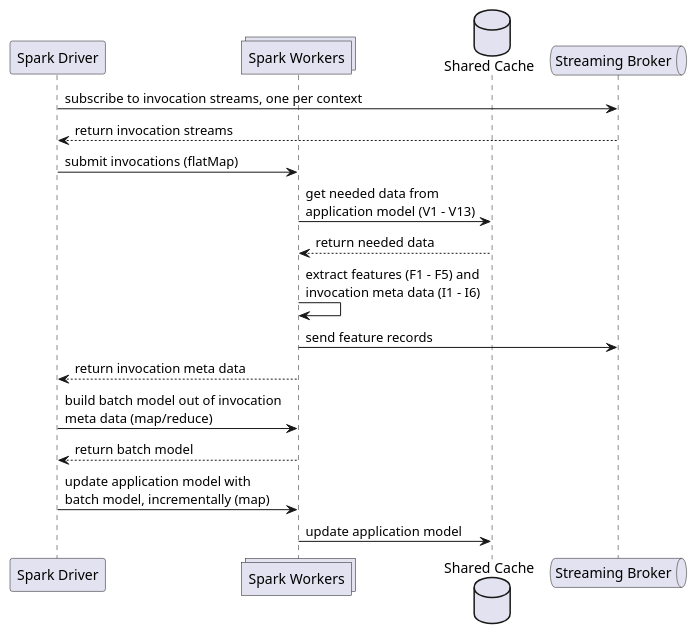
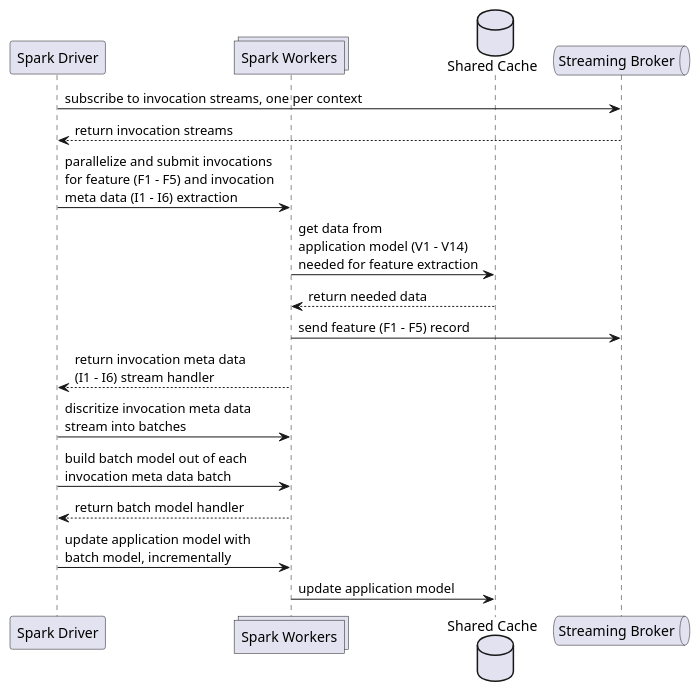
Before and after one commit to oiraqi/immunizer: the diagram in microservices/monitor/design/sequence-diagram.wsd, drawn with PlantUML. The commit also changed 5 other files, not shown here.

```diff
--- a/microservices/monitor/design/sequence-diagram.wsd
+++ b/microservices/monitor/design/sequence-diagram.wsd
@@ -1,18 +1,18 @@
 @startuml SequenceDiagram
 participant "Spark Driver" as Master
 collections "Spark Workers" as Workers
 database "Shared Cache" as Cache
 queue "Streaming Broker" as Broker
 Master -> Broker : subscribe to invocation streams, one per context
 Broker --> Master : return invocation streams
-Master -> Workers : submit invocations (flatMap)
-Workers -> Cache : get needed data from\napplication model (V1 - V13)
+Master -> Workers : parallelize and submit invocations\nfor feature (F1 - F5) and invocation\nmeta data (I1 - I6) extraction
+Workers -> Cache : get data from\napplication model (V1 - V14)\nneeded for feature extraction
 Cache --> Workers : return needed data
-Workers -> Workers : extract features (F1 - F5) and\ninvocation meta data (I1 - I6)
-Workers -> Broker : send feature records
-Workers --> Master : return invocation meta data
-Master -> Workers : build batch model out of invocation\nmeta data (map/reduce)
-Workers --> Master : return batch model
-Master -> Workers : update application model with\nbatch model, incrementally (map)
+Workers -> Broker : send feature (F1 - F5) record
+Workers --> Master : return invocation meta data\n(I1 - I6) stream handler
+Master -> Workers : discritize invocation meta data\nstream into batches
+Master -> Workers : build batch model out of each\ninvocation meta data batch
+Workers --> Master : return batch model handler
+Master -> Workers : update application model with\nbatch model, incrementally
 Workers -> Cache : update application model
 @enduml
```
